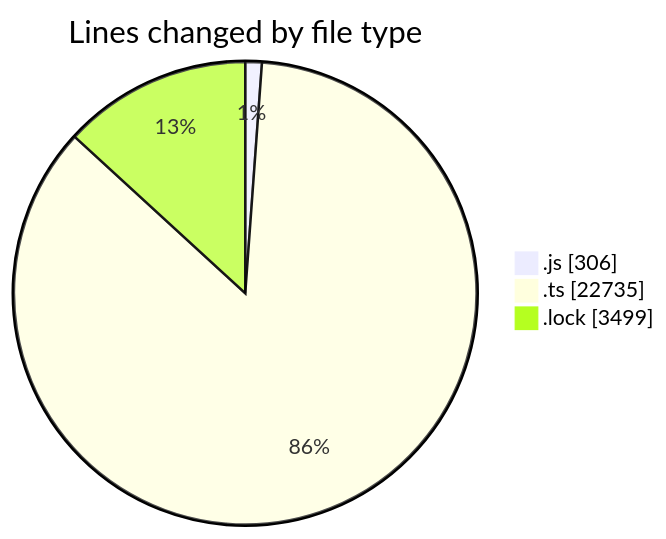
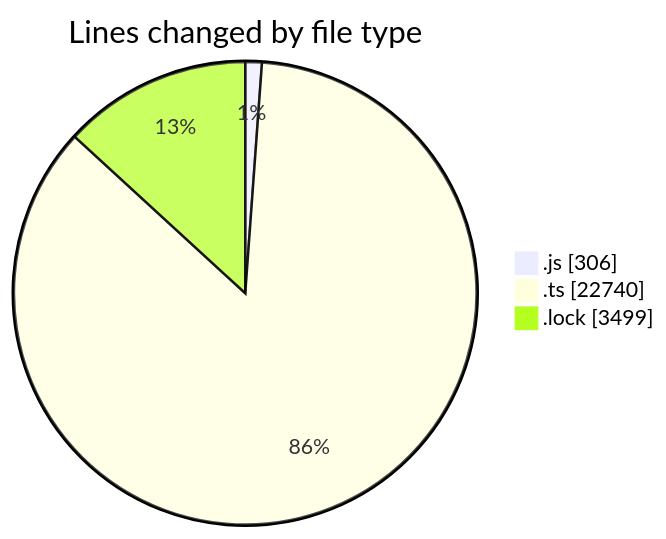
The first of 2 diagrams in 2025-05-27/cda/README.md (momahboobian/code-tracking), drawn with Mermaid before and after one commit. The commit also changed other lines of this file and 1 other file, not shown here.

````diff
--- a/2025-05-27/cda/README.md
+++ b/2025-05-27/cda/README.md
@@ -28,7 +28,7 @@
 ```mermaid
 pie showData
 title Lines changed by file type
 ".js" : 306
-".ts" : 22735
+".ts" : 22740
 ".lock" : 3499
 ```
````
